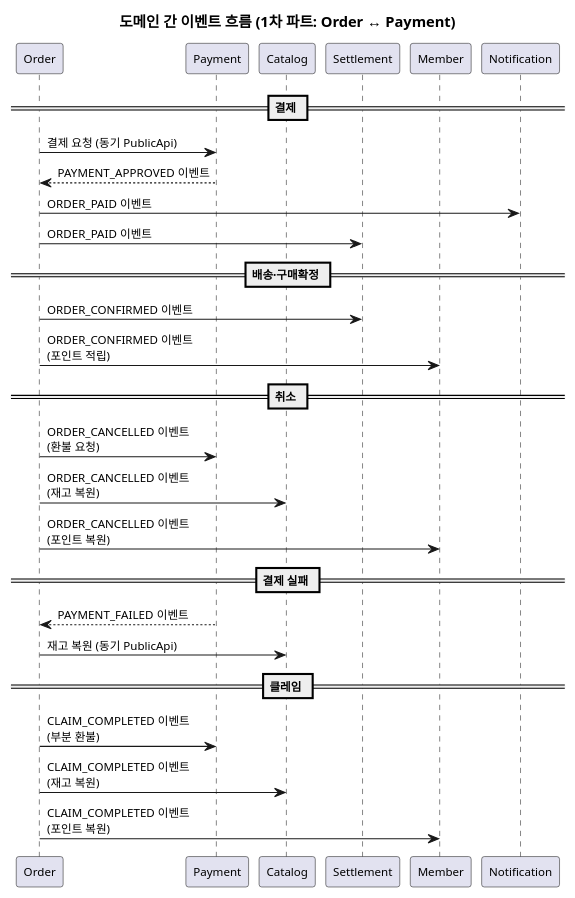
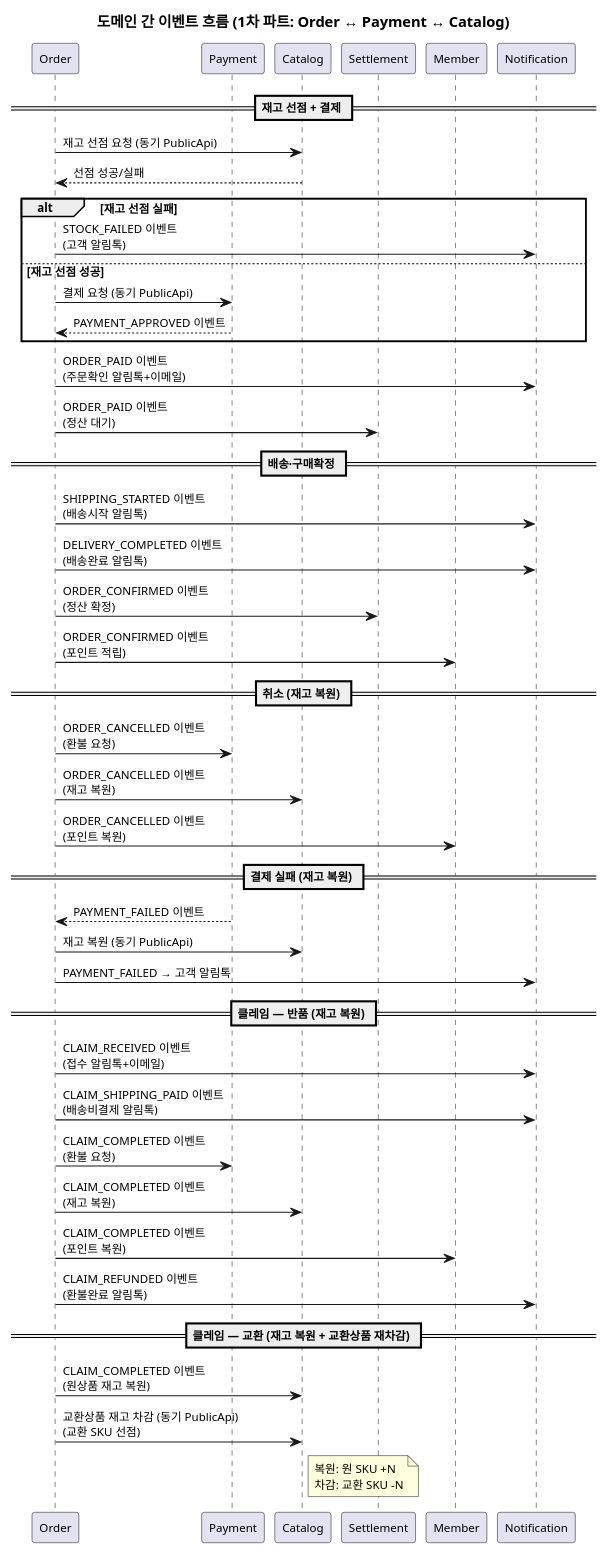
The diagram in docs/자산화-단계별/S2-구조설계/12-이벤트플로우.md (parknahyun/runNShop), drawn with PlantUML before and after one commit. The commit also changed other lines of this file and 31 other files, not shown here.

Commit message:
docs: 주문결제 도메인 S2-S3 산출물 작성 및 현행화 - S3 상세설계 산출물 전체 작성 (13-GWT ~ 17-화면레이아웃) - S2 구조설계 현행화 (상태머신12상태, ERD확장, EARS추가, 이벤트플로우15개, BP재작성) - 모바일 마이페이지/주문조회/클레임 목록·상세 화면 구현 - API mock JSON 및 Kotlin Controller 추가 - 정합성 검토 20건 해소, 시퀀스 15개로 확장

````diff
--- a/docs/자산화-단계별/S2-구조설계/12-이벤트플로우.md
+++ b/docs/자산화-단계별/S2-구조설계/12-이벤트플로우.md
@@ -39,40 +48,58 @@
 ```plantuml
 @startuml
 skinparam backgroundColor transparent
 skinparam defaultFontSize 11
-title 도메인 간 이벤트 흐름 (1차 파트: Order ↔ Payment)
+title 도메인 간 이벤트 흐름 (1차 파트: Order ↔ Payment ↔ Catalog)
 
 participant Order as ORD
 participant Payment as PAY
 participant Catalog as CAT
 participant Settlement as STL
 participant Member as MEM
 participant Notification as NTF
 
-== 결제 ==
-ORD -> PAY : 결제 요청 (동기 PublicApi)
-PAY --> ORD : PAYMENT_APPROVED 이벤트
+== 재고 선점 + 결제 ==
+ORD -> CAT : 재고 선점 요청 (동기 PublicApi)
+CAT --> ORD : 선점 성공/실패
 
-ORD -> NTF : ORDER_PAID 이벤트
-ORD -> STL : ORDER_PAID 이벤트
+alt 재고 선점 실패
+  ORD -> NTF : STOCK_FAILED 이벤트\n(고객 알림톡)
+else 재고 선점 성공
+  ORD -> PAY : 결제 요청 (동기 PublicApi)
+  PAY --> ORD : PAYMENT_APPROVED 이벤트
+end
+
+ORD -> NTF : ORDER_PAID 이벤트\n(주문확인 알림톡+이메일)
+ORD -> STL : ORDER_PAID 이벤트\n(정산 대기)
 
 == 배송·구매확정 ==
-ORD -> STL : ORDER_CONFIRMED 이벤트
+ORD -> NTF : SHIPPING_STARTED 이벤트\n(배송시작 알림톡)
+ORD -> NTF : DELIVERY_COMPLETED 이벤트\n(배송완료 알림톡)
+ORD -> STL : ORDER_CONFIRMED 이벤트\n(정산 확정)
 ORD -> MEM : ORDER_CONFIRMED 이벤트\n(포인트 적립)
 
-== 취소 ==
+== 취소 (재고 복원) ==
 ORD -> PAY : ORDER_CANCELLED 이벤트\n(환불 요청)
 ORD -> CAT : ORDER_CANCELLED 이벤트\n(재고 복원)
 ORD -> MEM : ORDER_CANCELLED 이벤트\n(포인트 복원)
 
-== 결제 실패 ==
+== 결제 실패 (재고 복원) ==
 PAY --> ORD : PAYMENT_FAILED 이벤트
 ORD -> CAT : 재고 복원 (동기 PublicApi)
+ORD -> NTF : PAYMENT_FAILED → 고객 알림톡
 
-== 클레임 ==
-ORD -> PAY : CLAIM_COMPLETED 이벤트\n(부분 환불)
+== 클레임 — 반품 (재고 복원) ==
+ORD -> NTF : CLAIM_RECEIVED 이벤트\n(접수 알림톡+이메일)
+ORD -> NTF : CLAIM_SHIPPING_PAID 이벤트\n(배송비결제 알림톡)
+ORD -> PAY : CLAIM_COMPLETED 이벤트\n(환불 요청)
 ORD -> CAT : CLAIM_COMPLETED 이벤트\n(재고 복원)
 ORD -> MEM : CLAIM_COMPLETED 이벤트\n(포인트 복원)
+ORD -> NTF : CLAIM_REFUNDED 이벤트\n(환불완료 알림톡)
+
+== 클레임 — 교환 (재고 복원 + 교환상품 재차감) ==
+ORD -> CAT : CLAIM_COMPLETED 이벤트\n(원상품 재고 복원)
+ORD -> CAT : 교환상품 재고 차감 (동기 PublicApi)\n(교환 SKU 선점)
+note right of CAT: 복원: 원 SKU +N\n차감: 교환 SKU -N
 
 @enduml
 ```
````
